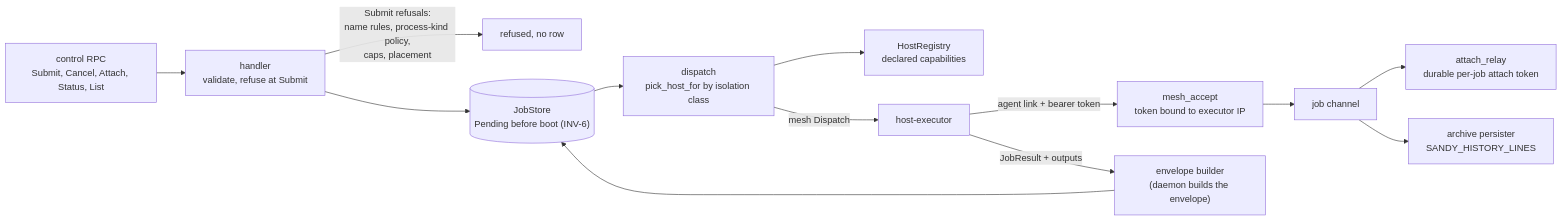
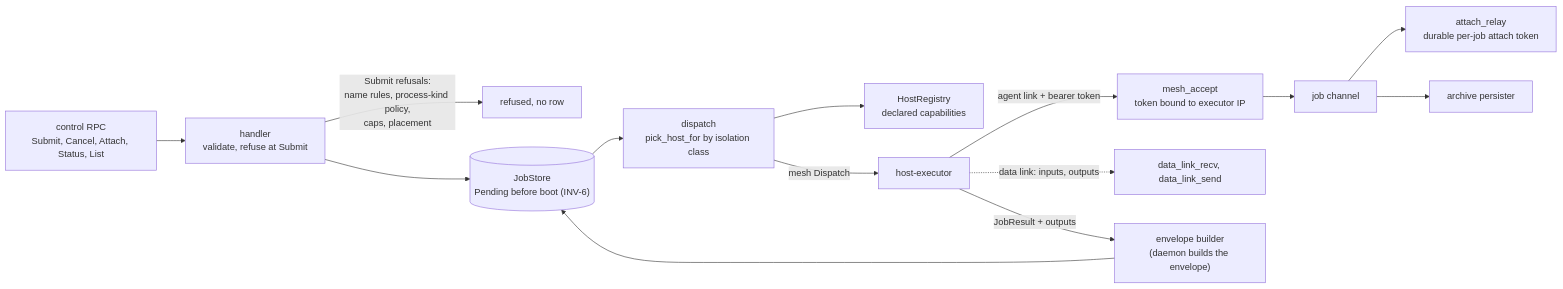
The second of 8 diagrams in docs/architecture/components.md (kauki-labs/sandy), drawn with Mermaid before and after one commit. The commit also changed other lines of this file, not shown here.

First line of the commit message:
docs(architecture): correct components page after review

````diff
--- a/docs/architecture/components.md
+++ b/docs/architecture/components.md
@@ -82,15 +90,16 @@
 ```mermaid
 flowchart LR
   rpc["control RPC<br/>Submit, Cancel, Attach, Status, List"] --> handler["handler<br/>validate, refuse at Submit"]
   handler -->|"Submit refusals:<br/>name rules, process-kind policy,<br/>caps, placement"| refuse["refused, no row"]
   handler --> store[("JobStore<br/>Pending before boot (INV-6)")]
   store --> dispatch["dispatch<br/>pick_host_for by isolation class"]
   dispatch --> reg["HostRegistry<br/>declared capabilities"]
   dispatch -->|mesh Dispatch| hexec["host-executor"]
   hexec -->|agent link + bearer token| accept["mesh_accept<br/>token bound to executor IP"]
   accept --> chan["job channel"]
   chan --> relay["attach_relay<br/>durable per-job attach token"]
-  chan --> archive["archive persister<br/>SANDY_HISTORY_LINES"]
+  chan --> archive["archive persister"]
+  hexec -.->|"data link: inputs, outputs"| dlink["data_link_recv, data_link_send"]
   hexec -->|JobResult + outputs| env["envelope builder<br/>(daemon builds the envelope)"]
   env --> store
 ```
````
